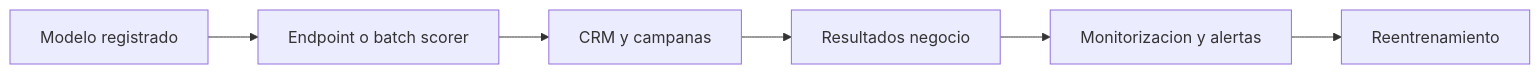
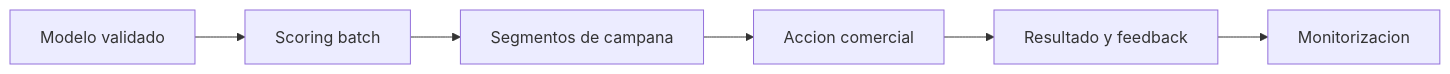
Before and after one commit to AlonsoMarcosM/Trabajo-DESARROLLO-Y-DESPLIEGUE-DE-SOLUCIONES-BIG-DATA: the diagram in documentacion/hito_4/memoria_hito_4.md, drawn with Mermaid. The commit also changed other lines of this file and 8 other files, not shown here.

````diff
--- a/documentacion/hito_4/memoria_hito_4.md
+++ b/documentacion/hito_4/memoria_hito_4.md
@@ -53,8 +35,8 @@
 ```mermaid
 flowchart LR
-    A[Modelo registrado] --> B[Endpoint o batch scorer]
-    B --> C[CRM y campanas]
-    C --> D[Resultados negocio]
-    D --> E[Monitorizacion y alertas]
-    E --> F[Reentrenamiento]
+    A[Modelo validado] --> B[Scoring batch]
+    B --> C[Segmentos de campana]
+    C --> D[Accion comercial]
+    D --> E[Resultado y feedback]
+    E --> F[Monitorizacion]
 ```
````
